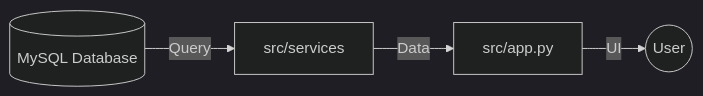
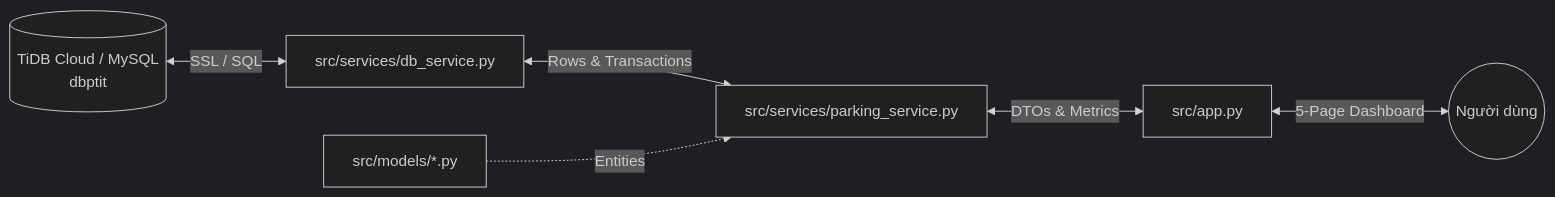
Before and after one commit to Luffyreals/SmartParkingDemo: the diagram in docs/architecture.md, drawn with Mermaid (dark theme). The commit also changed other lines of this file and 5 other files, not shown here.

````diff
--- a/docs/architecture.md
+++ b/docs/architecture.md
@@ -7,6 +12,8 @@
 ```mermaid
 graph LR
-    MySQL[(MySQL Database)] -->|Query| Services[src/services]
-    Services -->|Data| App[src/app.py]
-    App -->|UI| User((User))
+    DB[(TiDB Cloud / MySQL<br/>dbptit)] <-->|SSL / SQL| DBService[src/services/db_service.py]
+    DBService <-->|Rows & Transactions| ParkingService[src/services/parking_service.py]
+    Models[src/models/*.py] -.->|Entities| ParkingService
+    ParkingService <-->|DTOs & Metrics| App[src/app.py]
+    App <-->|5-Page Dashboard| User((Người dùng))
 ```
````
